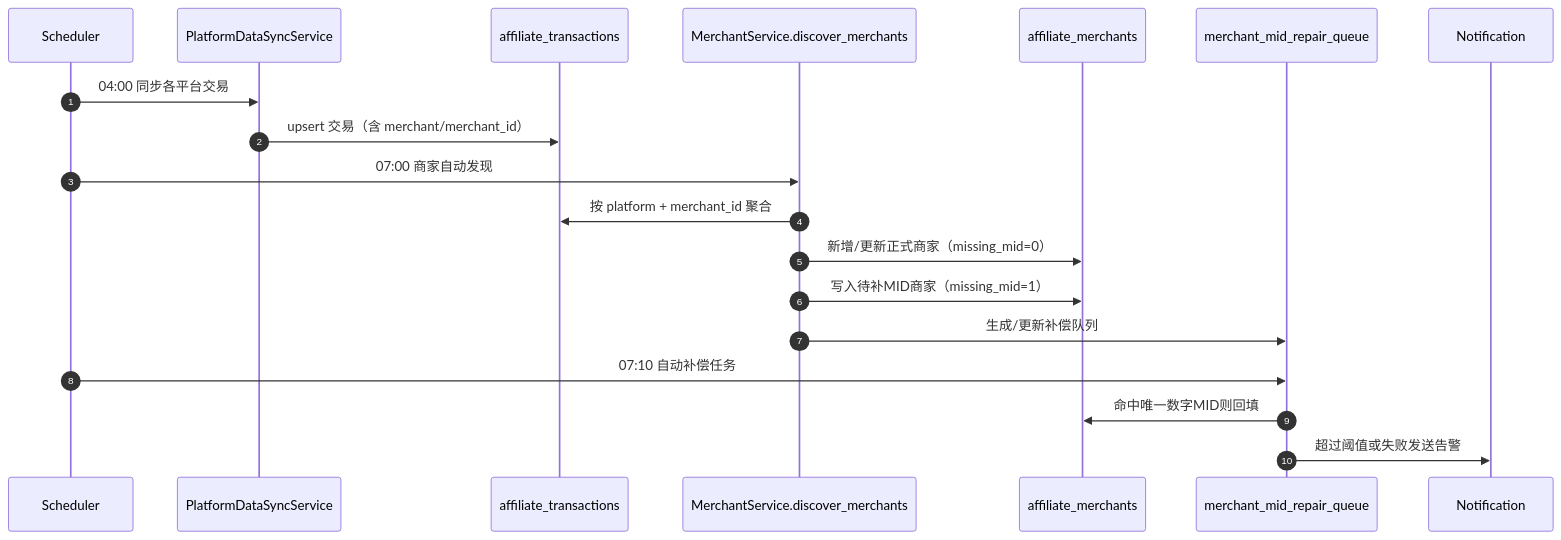
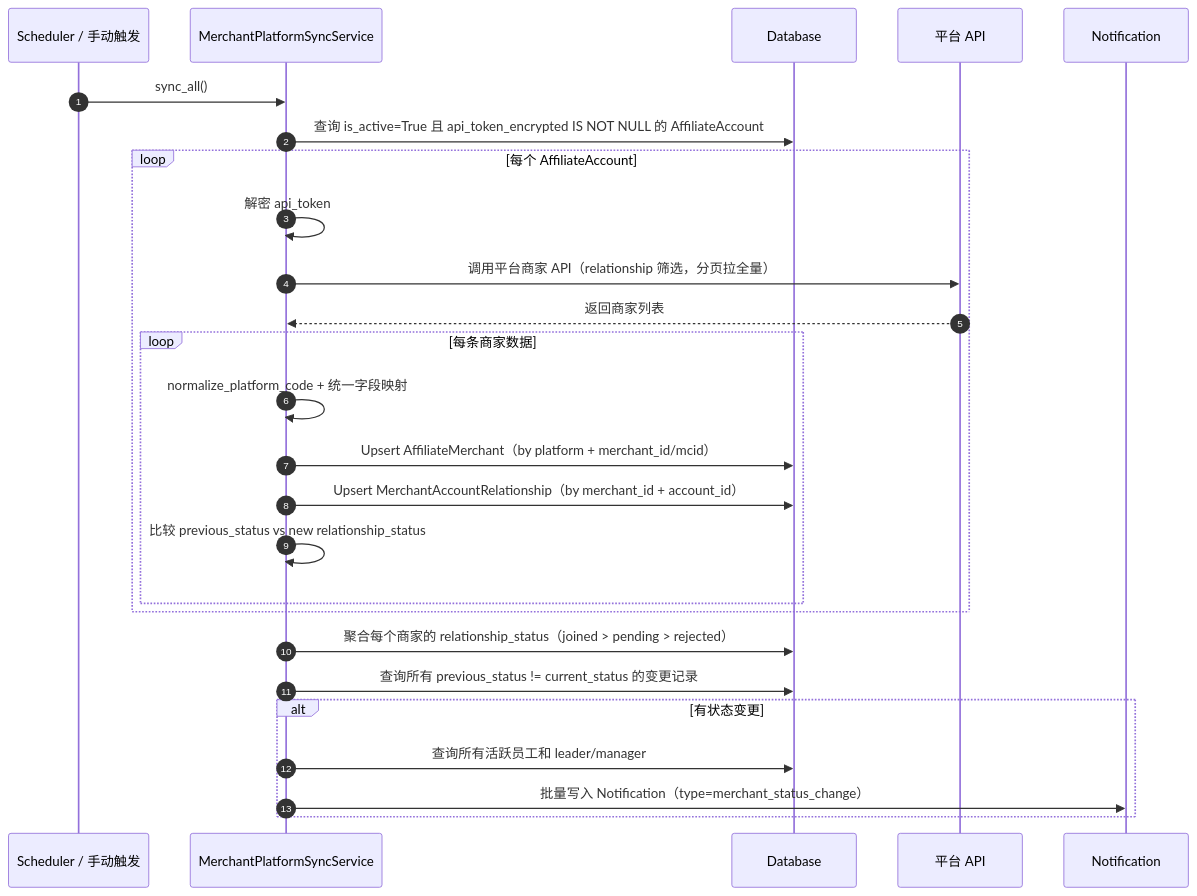
The second of 2 diagrams in 设计方案.md (starrats111/Google-Data-Analysis), drawn with Mermaid before and after one commit. The commit also changed other lines of this file and 11 other files, not shown here.

````diff
--- a/设计方案.md
+++ b/设计方案.md
@@ -1802,24 +1486,33 @@
 ```mermaid
 sequenceDiagram
     autonumber
-    participant SCH as Scheduler
-    participant SYNC as PlatformDataSyncService
-    participant TX as affiliate_transactions
-    participant DISC as MerchantService.discover_merchants
-    participant MCH as affiliate_merchants
-    participant QUE as merchant_mid_repair_queue
+    participant SCH as Scheduler / 手动触发
+    participant SVC as MerchantPlatformSyncService
+    participant DB as Database
+    participant API as 平台 API
     participant NOTI as Notification
 
-    SCH->>SYNC: 04:00 同步各平台交易
-    SYNC->>TX: upsert 交易（含 merchant/merchant_id）
+    SCH->>SVC: sync_all()
+    SVC->>DB: 查询 is_active=True 且 api_token_encrypted IS NOT NULL 的 AffiliateAccount
+    
+    loop 每个 AffiliateAccount
+        SVC->>SVC: 解密 api_token
+        SVC->>API: 调用平台商家 API（relationship 筛选，分页拉全量）
+        API-->>SVC: 返回商家列表
+        
+        loop 每条商家数据
+            SVC->>SVC: normalize_platform_code + 统一字段映射
+            SVC->>DB: Upsert AffiliateMerchant（by platform + merchant_id/mcid）
+            SVC->>DB: Upsert MerchantAccountRelationship（by merchant_id + account_id）
+            SVC->>SVC: 比较 previous_status vs new relationship_status
+        end
+    end
 
-    SCH->>DISC: 07:00 商家自动发现
-    DISC->>TX: 按 platform + merchant_id 聚合
-    DISC->>MCH: 新增/更新正式商家（missing_mid=0）
-    DISC->>MCH: 写入待补MID商家（missing_mid=1）
-    DISC->>QUE: 生成/更新补偿队列
+    SVC->>DB: 聚合每个商家的 relationship_status（joined > pending > rejected）
+    SVC->>DB: 查询所有 previous_status != current_status 的变更记录
 
-    SCH->>QUE: 07:10 自动补偿任务
-    QUE->>MCH: 命中唯一数字MID则回填
-    QUE->>NOTI: 超过阈值或失败发送告警
+    alt 有状态变更
+        SVC->>DB: 查询所有活跃员工和 leader/manager
+        SVC->>NOTI: 批量写入 Notification（type=merchant_status_change）
+    end
 ```
````
